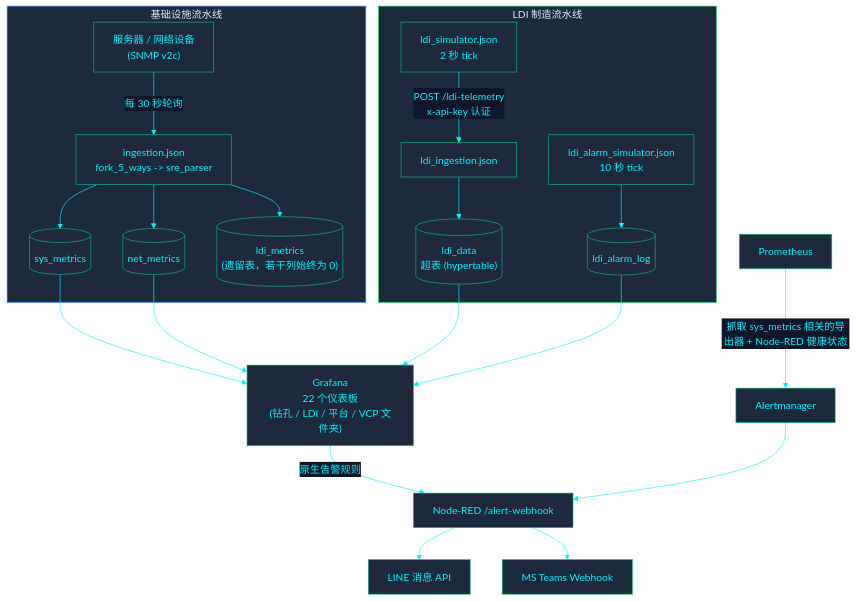
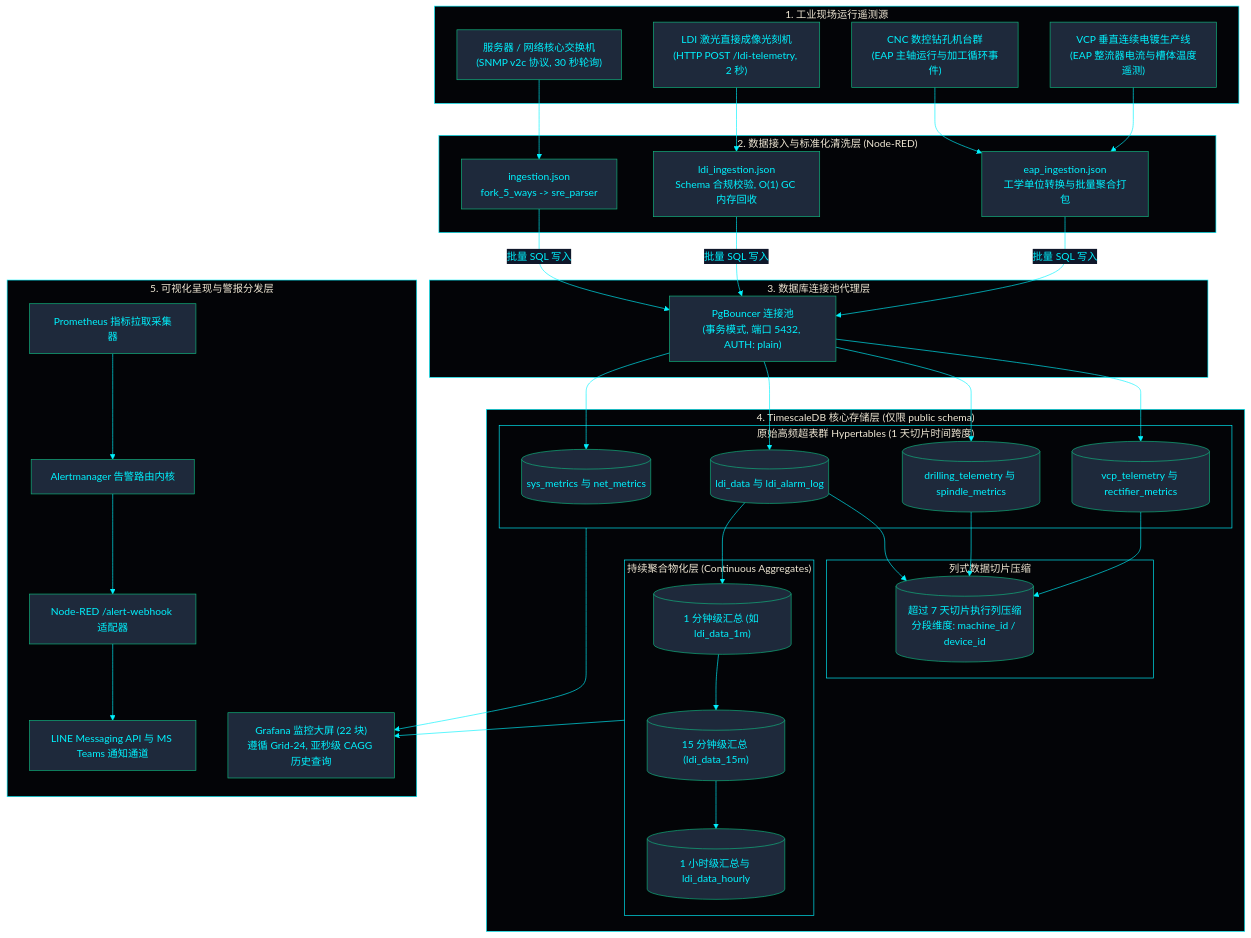
Before and after one commit to PATTANAKORN025/IMS: the first of 3 diagrams in zh-CN/docs/architecture/DATA_FLOW.md, drawn with Mermaid. The commit also changed other lines of this file and 29 other files, not shown here.

Commit message:
docs: elevate ADRs, data flow, DR playbooks, mock data, and update flag to Taiwan flag across en/th/zh-CN

````diff
--- a/zh-CN/docs/architecture/DATA_FLOW.md
+++ b/zh-CN/docs/architecture/DATA_FLOW.md
@@ -18,30 +28,78 @@
 ```mermaid
 %%{init: {'theme': 'base', 'themeVariables': { 'primaryColor': '#1e293b', 'primaryTextColor': '#00F2FE', 'primaryBorderColor': '#10B981', 'lineColor': '#00F2FE', 'secondaryColor': '#0f172a', 'tertiaryColor': '#0f172a', 'clusterBkg': '#030407', 'clusterBorder': '#00F2FE'}}}%%
 flowchart TB
- subgraph INFRA["基础设施流水线"]
-  DEV["服务器 / 网络设备\n(SNMP v2c)"] -->|"每 30 秒轮询"| WALK["ingestion.json\nfork_5_ways -> sre_parser"]
-  WALK --> SYS[("sys_metrics")]
-  WALK --> NET[("net_metrics")]
-  WALK --> LDIM[("ldi_metrics\n(遗留表，若干列始终为 0)")]
- end
+  subgraph SOURCES["1. 工业现场运行遥测源"]
+    SNMP_DEV["服务器 / 网络核心交换机
+(SNMP v2c 协议, 30 秒轮询)"]
+    LDI_DEV["LDI 激光直接成像光刻机
+(HTTP POST /ldi-telemetry, 2 秒)"]
+    DRL_DEV["CNC 数控钻孔机台群
+(EAP 主轴运行与加工循环事件)"]
+    VCP_DEV["VCP 垂直连续电镀生产线
+(EAP 整流器电流与槽体温度遥测)"]
+  end
 
- subgraph LDI["LDI 制造流水线"]
-  SIM["ldi_simulator.json\n2 秒 tick"] -->|"POST /ldi-telemetry\nx-api-key 认证"| ING["ldi_ingestion.json"]
-  ING --> LDID[("ldi_data\n超表 (hypertable)")]
-  ALMSIM["ldi_alarm_simulator.json\n10 秒 tick"] --> ALOG[("ldi_alarm_log")]
- end
+  subgraph INGESTION["2. 数据接入与标准化清洗层 (Node-RED)"]
+    NR_INFRA["ingestion.json
+fork_5_ways -> sre_parser"]
+    NR_LDI["ldi_ingestion.json
+Schema 合规校验, O(1) GC 内存回收"]
+    NR_EAP["eap_ingestion.json
+工学单位转换与批量聚合打包"]
+  end
 
- SYS --> GRAFANA["Grafana\n22 个仪表板\n(钻孔 / LDI / 平台 / VCP 文件夹)"]
- NET --> GRAFANA
- LDID --> GRAFANA
- ALOG --> GRAFANA
+  subgraph POOL["3. 数据库连接池代理层"]
+    PGB["PgBouncer 连接池
+(事务模式, 端口 5432, AUTH: plain)"]
+  end
 
- GRAFANA -->|"原生告警规则"| WEBHOOK["Node-RED /alert-webhook"]
- PROM["Prometheus"] -->|"抓取 sys_metrics 相关的导出器 + Node-RED 健康状态"| AM["Alertmanager"]
- AM --> WEBHOOK
- WEBHOOK --> LINE["LINE 消息 API"]
- WEBHOOK --> TEAMS["MS Teams Webhook"]
+  subgraph STORAGE["4. TimescaleDB 核心存储层 (仅限 public schema)"]
+    subgraph HYPER["原始高频超表群 Hypertables (1 天切片时间跨度)"]
+      HT_SYS[("sys_metrics 与 net_metrics")]
+      HT_LDI[("ldi_data 与 ldi_alarm_log")]
+      HT_DRL[("drilling_telemetry 与 spindle_metrics")]
+      HT_VCP[("vcp_telemetry 与 rectifier_metrics")]
+    end
+    subgraph CAGGS["持续聚合物化层 (Continuous Aggregates)"]
+      CAGG_1M[("1 分钟级汇总 (如 ldi_data_1m)")]
+      CAGG_15M[("15 分钟级汇总 (ldi_data_15m)")]
+      CAGG_1H[("1 小时级汇总与 ldi_data_hourly")]
+    end
+    subgraph COMPRESS["列式数据切片压缩"]
+      COL[("超过 7 天切片执行列压缩
+分段维度: machine_id / device_id")]
+    end
+  end
 
- style INFRA fill:#1e293b,stroke:#3b82f6,color:#e2e8f0
- style LDI fill:#1e293b,stroke:#22c55e,color:#e2e8f0
+  subgraph DISPATCH["5. 可视化呈现与警报分发层"]
+    GRAF["Grafana 监控大屏 (22 块)
+遵循 Grid-24, 亚秒级 CAGG 历史查询"]
+    PROM["Prometheus 指标拉取采集器"]
+    AM["Alertmanager 告警路由内核"]
+    WH["Node-RED /alert-webhook 适配器"]
+    NOTIF["LINE Messaging API 与 MS Teams 通知通道"]
+  end
+
+  SNMP_DEV --> NR_INFRA
+  LDI_DEV --> NR_LDI
+  DRL_DEV --> NR_EAP
+  VCP_DEV --> NR_EAP
+
+  NR_INFRA -->|批量 SQL 写入| PGB
+  NR_LDI -->|批量 SQL 写入| PGB
+  NR_EAP -->|批量 SQL 写入| PGB
+
+  PGB --> HT_SYS
+  PGB --> HT_LDI
+  PGB --> HT_DRL
+  PGB --> HT_VCP
+
+  HT_LDI --> CAGG_1M --> CAGG_15M --> CAGG_1H
+  HT_LDI --> COL
+  HT_DRL --> COL
+  HT_VCP --> COL
+
+  CAGGS --> GRAF
+  HYPER --> GRAF
+  PROM --> AM --> WH --> NOTIF
 ```
````
